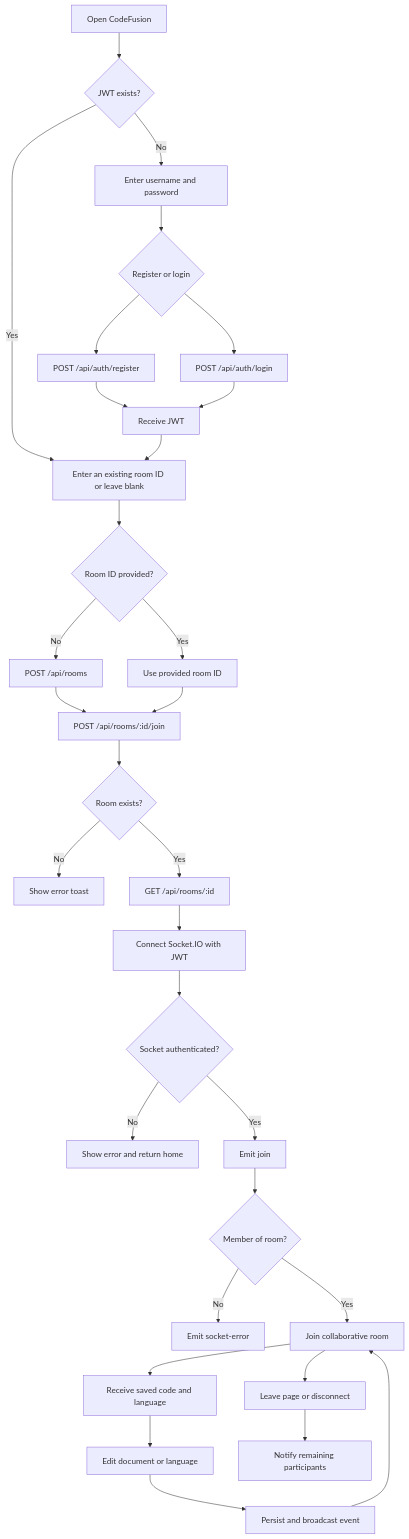
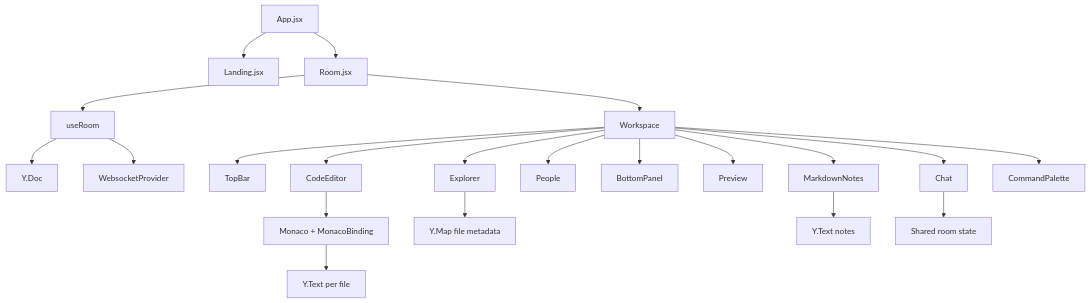
The second of 11 diagrams in README.md (SonamNarula/CodeFusion-a-collaborative-real-time-code-editor), drawn with Mermaid before and after one commit. The commit also changed other lines of this file, not shown here.

````diff
--- a/README.md
+++ b/README.md
@@ -489,33 +312,24 @@
 ```mermaid
-flowchart TD
-    Start[Open CodeFusion] --> Auth{JWT exists?}
-    Auth -->|No| Credentials[Enter username and password]
-    Credentials --> RegisterOrLogin{Register or login}
-    RegisterOrLogin --> Register[POST /api/auth/register]
-    RegisterOrLogin --> Login[POST /api/auth/login]
-    Register --> Token[Receive JWT]
-    Login --> Token
-    Auth -->|Yes| RoomInput[Enter an existing room ID or leave blank]
-    Token --> RoomInput
-    RoomInput --> Create{Room ID provided?}
-    Create -->|No| CreateRoom[POST /api/rooms]
-    Create -->|Yes| ExistingRoom[Use provided room ID]
-    CreateRoom --> Join[POST /api/rooms/:id/join]
-    ExistingRoom --> Join
-    Join --> RoomExists{Room exists?}
-    RoomExists -->|No| Error[Show error toast]
-    RoomExists -->|Yes| Load[GET /api/rooms/:id]
-    Load --> Socket[Connect Socket.IO with JWT]
-    Socket --> SocketAuth{Socket authenticated?}
-    SocketAuth -->|No| SocketError[Show error and return home]
-    SocketAuth -->|Yes| JoinEvent[Emit join]
-    JoinEvent --> Membership{Member of room?}
-    Membership -->|No| AccessError[Emit socket-error]
-    Membership -->|Yes| SharedRoom[Join collaborative room]
-    SharedRoom --> Sync[Receive saved code and language]
-    Sync --> Edit[Edit document or language]
-    Edit --> Broadcast[Persist and broadcast event]
-    Broadcast --> SharedRoom
-    SharedRoom --> Leave[Leave page or disconnect]
-    Leave --> Presence[Notify remaining participants]
+flowchart TB
+    APP[App.jsx]
+    APP --> LAND[Landing.jsx]
+    APP --> ROOM[Room.jsx]
+    ROOM --> HOOK[useRoom]
+    HOOK --> YDOC[Y.Doc]
+    HOOK --> PROVIDER[WebsocketProvider]
+    ROOM --> WORK[Workspace]
+    WORK --> TOP[TopBar]
+    WORK --> EXPLORER[Explorer]
+    WORK --> EDITOR[CodeEditor]
+    WORK --> PEOPLE[People]
+    WORK --> BOTTOM[BottomPanel]
+    WORK --> PREVIEW[Preview]
+    WORK --> NOTES[MarkdownNotes]
+    WORK --> CHAT[Chat]
+    WORK --> PALETTE[CommandPalette]
+    EDITOR --> MONACO[Monaco + MonacoBinding]
+    MONACO --> YTEXT[Y.Text per file]
+    EXPLORER --> YMAP[Y.Map file metadata]
+    NOTES --> YNOTES[Y.Text notes]
+    CHAT --> YSTATE[Shared room state]
 ```
````
